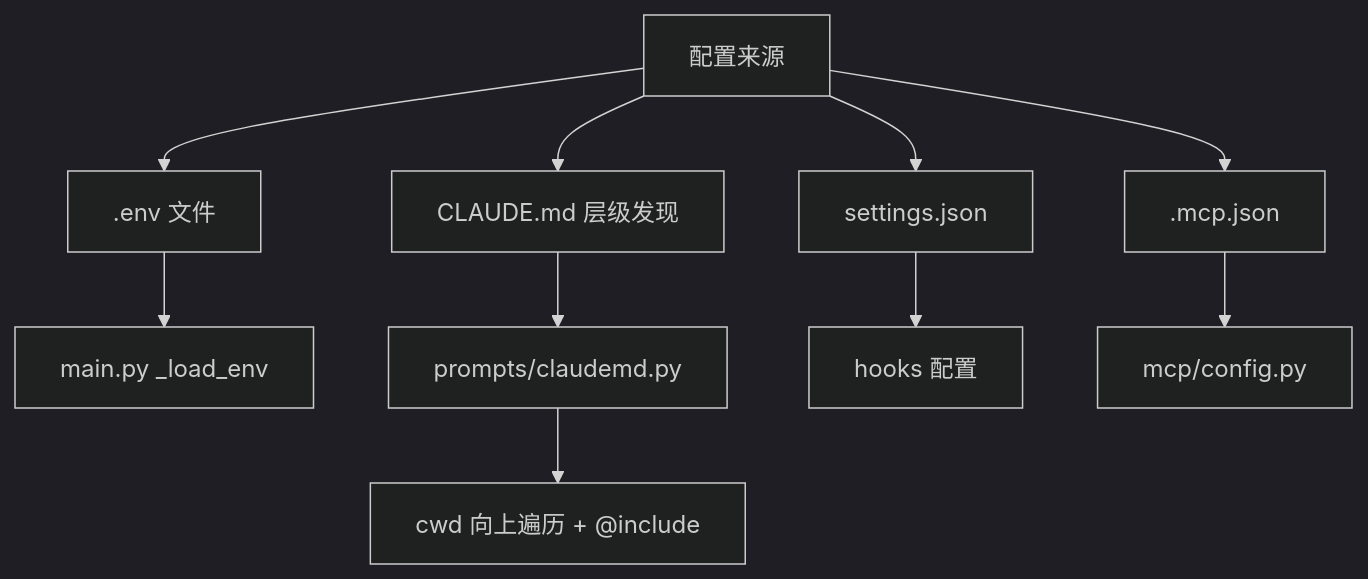
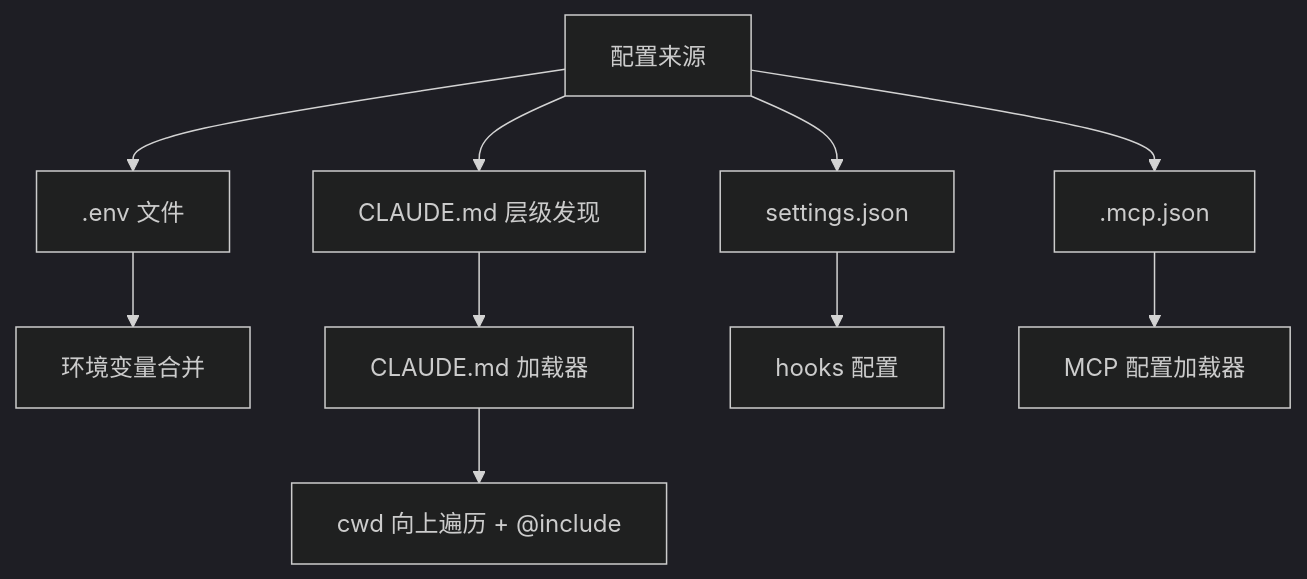
One commit to MKEy777/agent changed the fourth of 5 diagrams in docs/comparisons/11-config.md. Above: the diagram before and after it, drawn with Mermaid (dark theme). The commit also changed 20 other files, not shown here.

````diff
--- a/docs/comparisons/11-config.md
+++ b/docs/comparisons/11-config.md
@@ -86,12 +86,12 @@
 ```mermaid
 graph TB
     A[配置来源] --> B[.env 文件]
     A --> C[CLAUDE.md 层级发现]
     A --> D[settings.json]
     A --> E[.mcp.json]
-    B --> F[main.py _load_env]
-    C --> G[prompts/claudemd.py]
+    B --> F[环境变量合并]
+    C --> G[CLAUDE.md 加载器]
     D --> H[hooks 配置]
-    E --> I[mcp/config.py]
+    E --> I[MCP 配置加载器]
     G --> J[cwd 向上遍历 + @include]
 ```
````
